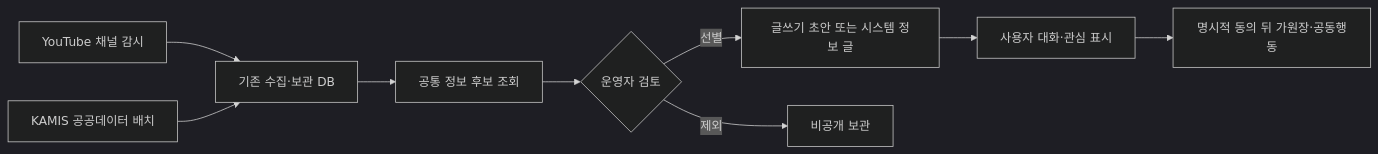
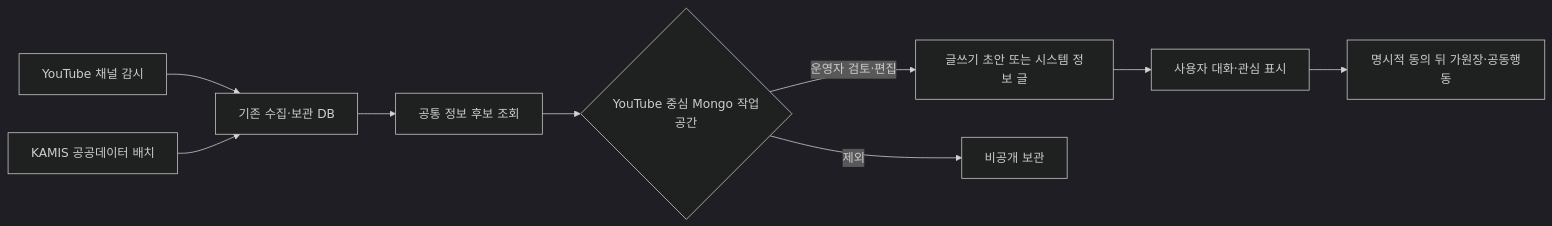
The first of 2 diagrams in docs/Architecture/CommunityInformationCollection.md (cheolwo/hongdal), drawn with Mermaid (dark theme) before and after one commit. The commit also changed other lines of this file and 19 other files, not shown here.

Commit message:
feat(content): persist YouTube social research workspaces

````diff
--- a/docs/Architecture/CommunityInformationCollection.md
+++ b/docs/Architecture/CommunityInformationCollection.md
@@ -7,11 +7,11 @@
 ```mermaid
 flowchart LR
     A["YouTube 채널 감시"] --> C["기존 수집·보관 DB"]
     B["KAMIS 공공데이터 배치"] --> C
     C --> D["공통 정보 후보 조회"]
-    D --> E{"운영자 검토"}
-    E -->|선별| F["글쓰기 초안 또는 시스템 정보 글"]
+    D --> E{"YouTube 중심 Mongo 작업공간"}
+    E -->|운영자 검토·편집| F["글쓰기 초안 또는 시스템 정보 글"]
     E -->|제외| G["비공개 보관"]
     F --> H["사용자 대화·관심 표시"]
     H --> I["명시적 동의 뒤 가원장·공동행동"]
 ```
````
